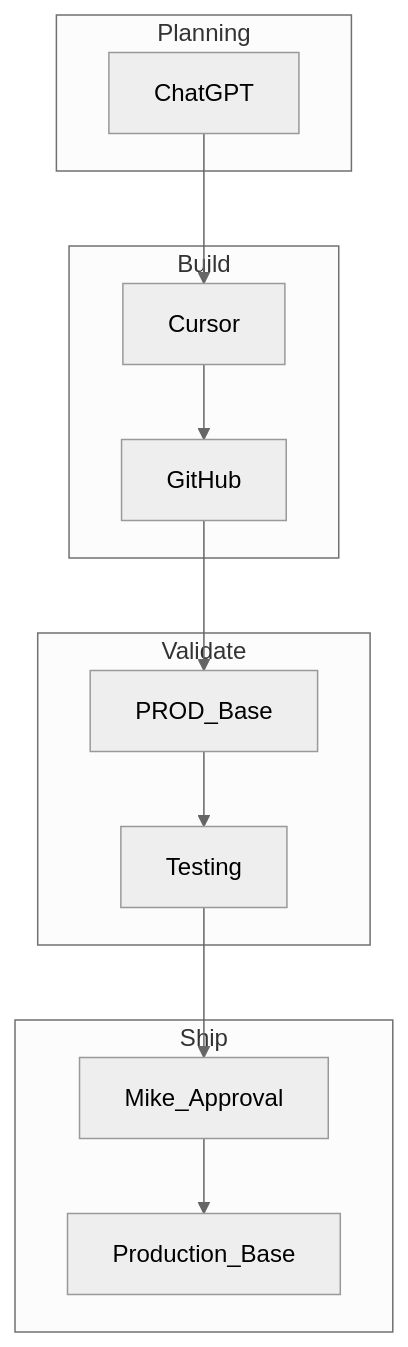
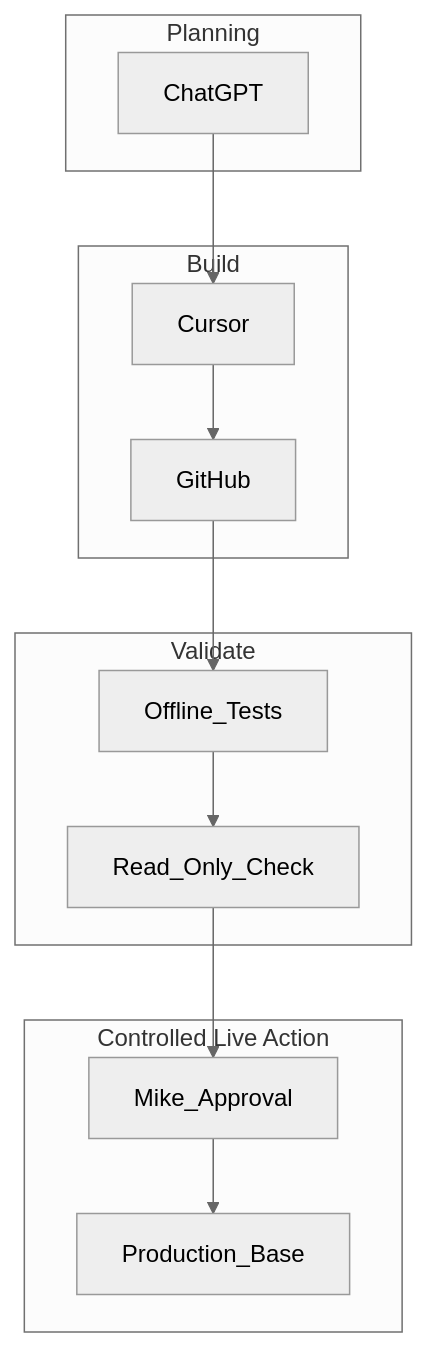
The third of 3 diagrams in docs/chatgpt-sources/12-ai-development-standards.md (Schmidt127/127-si-shooting-challenge), drawn with Mermaid (neutral theme) before and after one commit. The commit also changed other lines of this file and 20 other files, not shown here.

````diff
--- a/docs/chatgpt-sources/12-ai-development-standards.md
+++ b/docs/chatgpt-sources/12-ai-development-standards.md
@@ -149,25 +151,25 @@
 ```mermaid
 flowchart TB
     subgraph plan [Planning]
         ChatGPT[ChatGPT]
     end
     subgraph build [Build]
         Cursor[Cursor]
         GitHub[GitHub]
     end
     subgraph validate [Validate]
-        Production[PROD_Base]
-        Testing[Testing]
+        Testing[Offline_Tests]
+        ReadOnly[Read_Only_Check]
     end
-    subgraph ship [Ship]
+    subgraph ship [Controlled Live Action]
         Approval[Mike_Approval]
         Prod[Production_Base]
     end
 
     ChatGPT --> Cursor
     Cursor --> GitHub
-    GitHub --> Production
-    Production --> Testing
-    Testing --> Approval
+    GitHub --> Testing
+    Testing --> ReadOnly
+    ReadOnly --> Approval
     Approval --> Prod
 ```
````
